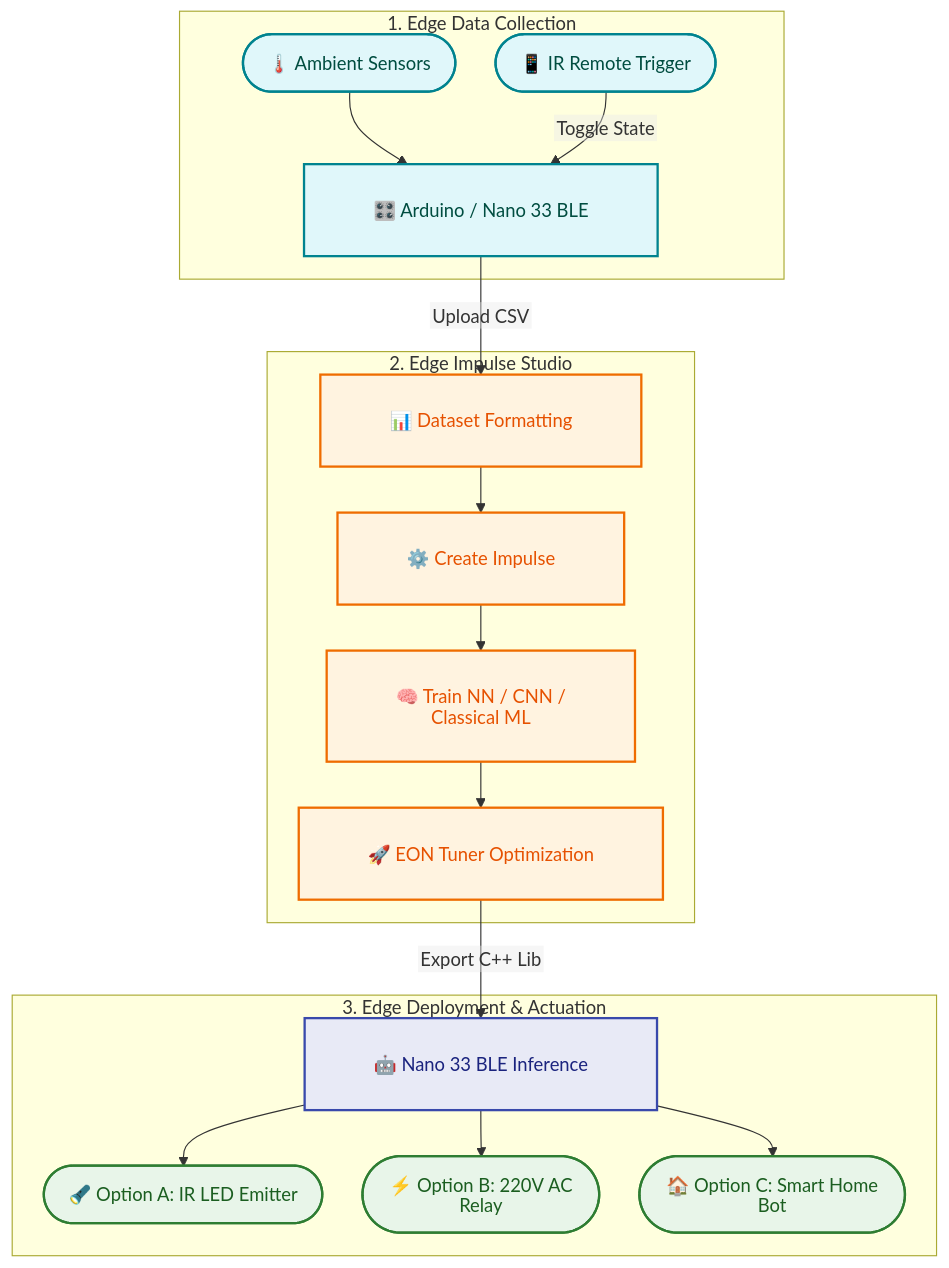
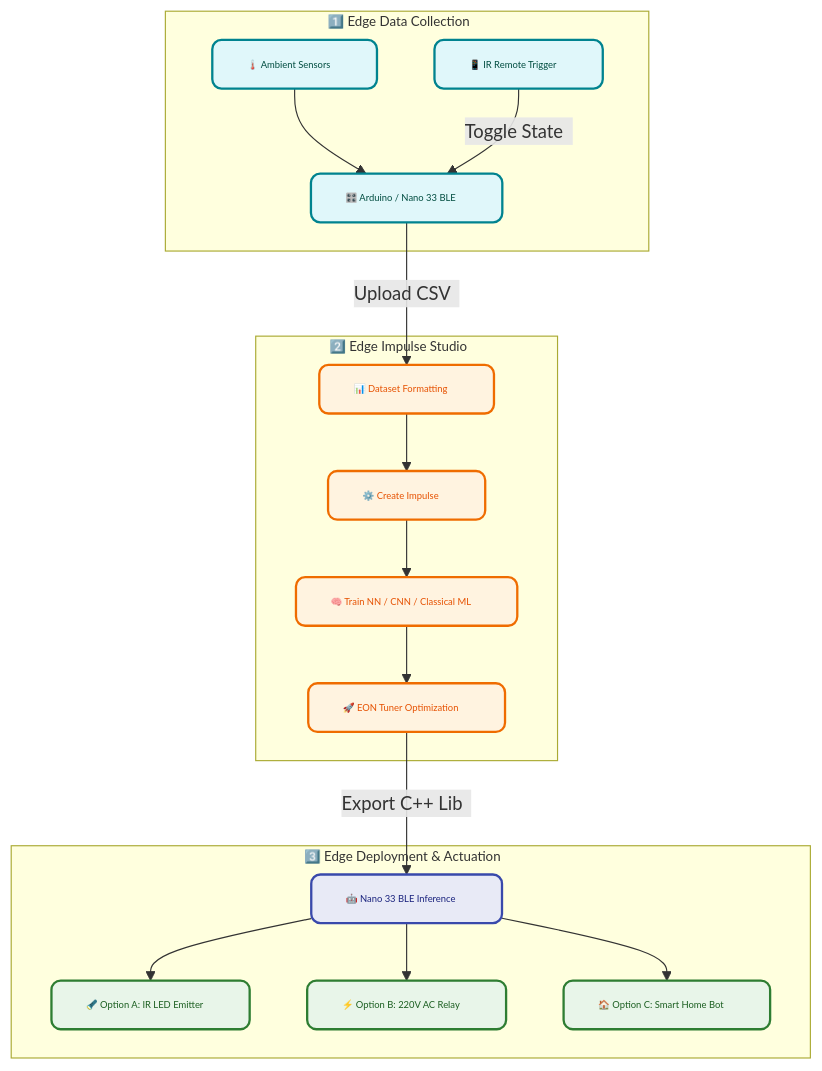
Before and after one commit to antor44/Acquisition4microcontrollers: the second of 2 diagrams in README.md, drawn with Mermaid. The commit also changed other lines of this file, not shown here.

````diff
--- a/README.md
+++ b/README.md
@@ -128,32 +128,34 @@
 ```mermaid
-%%{init: {"htmlLabels": false, "flowchart": {"htmlLabels": false, "padding": 30, "nodeSpacing": 35, "rankSpacing": 40}}}%%
 flowchart TD
-    subgraph Phase1 ["1. Edge Data Collection"]
-        S(["🌡️ Ambient Sensors"]) --> MCU1["🎛️ Arduino / Nano 33 BLE"]
-        IR(["📱 IR Remote Trigger"]) -->|Toggle State| MCU1
+    subgraph Phase1 ["1️⃣ Edge Data Collection&nbsp;&nbsp;&nbsp;&nbsp;&nbsp;"]
+        S["🌡️ Ambient Sensors&nbsp;&nbsp;&nbsp;&nbsp;&nbsp;"] --> MCU1["🎛️ Arduino / Nano 33 BLE&nbsp;&nbsp;&nbsp;&nbsp;&nbsp;"]
+        IR["📱 IR Remote Trigger&nbsp;&nbsp;&nbsp;&nbsp;&nbsp;"] -->|"Toggle State&nbsp;&nbsp;"| MCU1
     end
 
-    subgraph Phase2 ["2. Edge Impulse Studio"]
-        MCU1 -->|Upload CSV| EI_D["📊 Dataset Formatting"]
-        EI_D --> EI_I["⚙️ Create Impulse"]
-        EI_I --> EI_T["🧠 Train NN / CNN / Classical ML"]
-        EI_T --> EI_O["🚀 EON Tuner Optimization"]
+    subgraph Phase2 ["2️⃣ Edge Impulse Studio&nbsp;&nbsp;&nbsp;&nbsp;&nbsp;"]
+        MCU1 -->|"Upload CSV&nbsp;&nbsp;"| EI_D["📊 Dataset Formatting&nbsp;&nbsp;&nbsp;&nbsp;&nbsp;"]
+        EI_D --> EI_I["⚙️ Create Impulse&nbsp;&nbsp;&nbsp;&nbsp;&nbsp;"]
+        EI_I --> EI_T["🧠 Train NN / CNN / Classical ML&nbsp;&nbsp;&nbsp;&nbsp;&nbsp;"]
+        EI_T --> EI_O["🚀 EON Tuner Optimization&nbsp;&nbsp;&nbsp;&nbsp;&nbsp;"]
     end
 
-    subgraph Phase3 ["3. Edge Deployment & Actuation"]
-        EI_O -->|Export C++ Lib| MCU2["🤖 Nano 33 BLE Inference"]
-        MCU2 --> ACT1(["🔦 Option A: IR LED Emitter"])
-        MCU2 --> ACT2(["⚡ Option B: 220V AC Relay"])
-        MCU2 --> ACT3(["🏠 Option C: Smart Home Bot"])
+    subgraph Phase3 ["3️⃣ Edge Deployment & Actuation&nbsp;&nbsp;&nbsp;&nbsp;&nbsp;"]
+        EI_O -->|"Export C++ Lib&nbsp;&nbsp;"| MCU2["🤖 Nano 33 BLE Inference&nbsp;&nbsp;&nbsp;&nbsp;&nbsp;"]
+        MCU2 --> ACT1["🔦 Option A: IR LED Emitter&nbsp;&nbsp;&nbsp;&nbsp;&nbsp;"]
+        MCU2 --> ACT2["⚡ Option B: 220V AC Relay&nbsp;&nbsp;&nbsp;&nbsp;&nbsp;"]
+        MCU2 --> ACT3["🏠 Option C: Smart Home Bot&nbsp;&nbsp;&nbsp;&nbsp;&nbsp;"]
     end
 
-    classDef edge fill:#e0f7fa,stroke:#00838f,stroke-width:2px,color:#004d40;
-    classDef cloud fill:#fff3e0,stroke:#ef6c00,stroke-width:2px,color:#e65100;
-    classDef deploy fill:#e8eaf6,stroke:#3949ab,stroke-width:2px,color:#1a237e;
-    classDef actuator fill:#e8f5e9,stroke:#2e7d32,stroke-width:2px,color:#1b5e20;
+    classDef default font-size:80%;
+    classDef edge fill:#e0f7fa,stroke:#00838f,stroke-width:2px,color:#004d40,font-size:80%,rx:8px,ry:8px;
+    classDef cloud fill:#fff3e0,stroke:#ef6c00,stroke-width:2px,color:#e65100,font-size:80%,rx:8px,ry:8px;
+    classDef deploy fill:#e8eaf6,stroke:#3949ab,stroke-width:2px,color:#1a237e,font-size:80%,rx:8px,ry:8px;
+    classDef actuator fill:#e8f5e9,stroke:#2e7d32,stroke-width:2px,color:#1b5e20,font-size:80%,rx:8px,ry:8px;
+    classDef subStyle font-size:85%;
 
     class S,IR,MCU1 edge;
     class EI_D,EI_I,EI_T,EI_O cloud;
     class MCU2 deploy;
     class ACT1,ACT2,ACT3 actuator;
+    class Phase1,Phase2,Phase3 subStyle;
 ```
````
